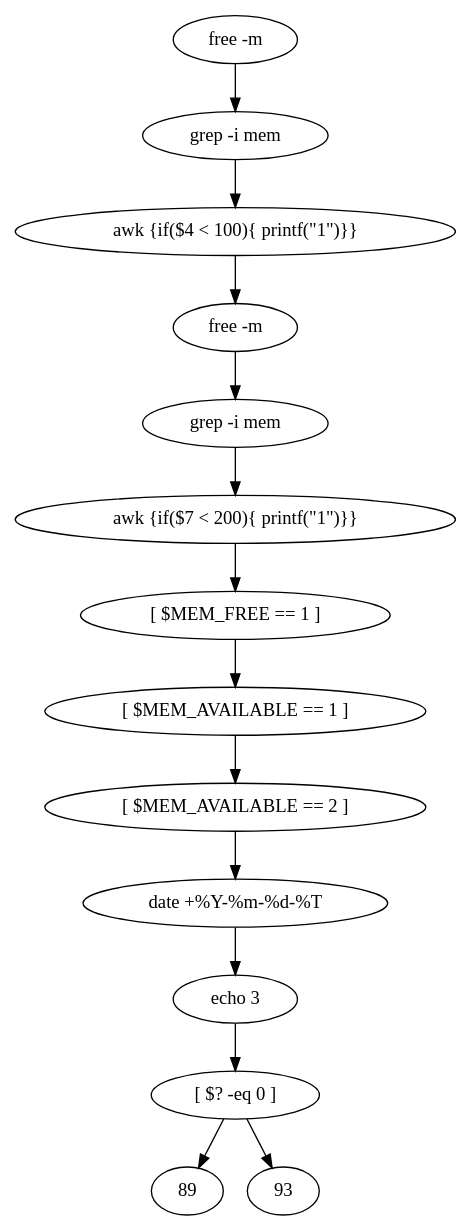
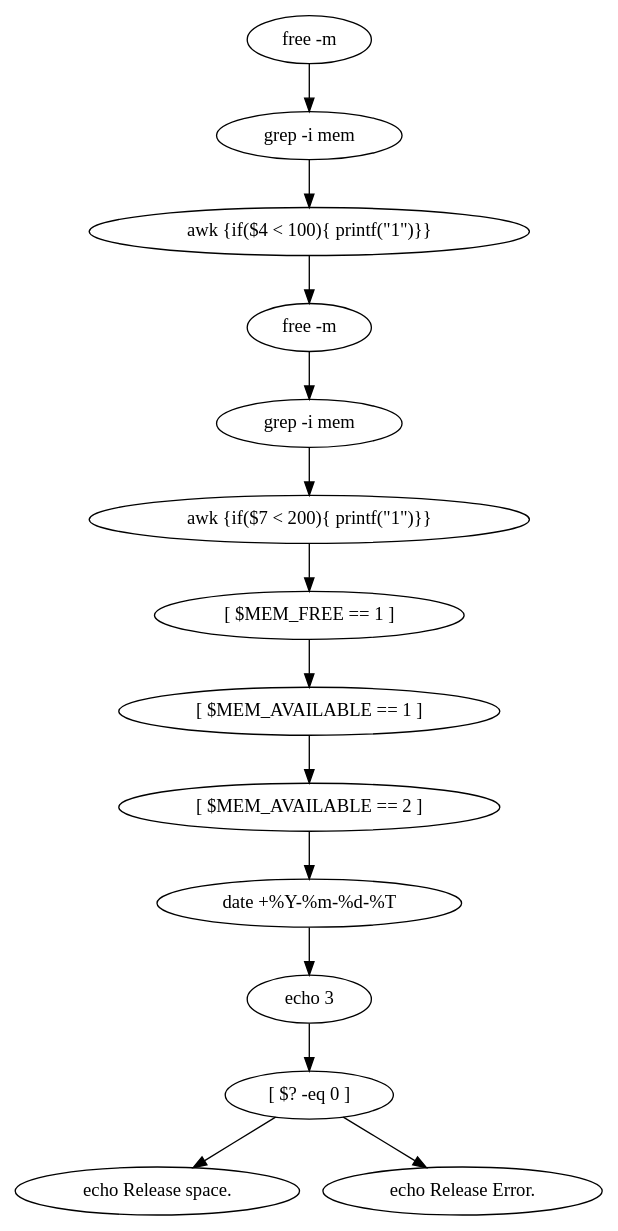
The diagram in module-dev/bashgraph/testcase/6.dot (hongdal/bashlex), drawn with Graphviz before and after one commit. The commit also changed 15 other files, not shown here.

```diff
--- a/module-dev/bashgraph/testcase/6.dot
+++ b/module-dev/bashgraph/testcase/6.dot
@@ -1,27 +1,29 @@
 digraph {
 5 [label=" free -m"];
+9 [label=" grep -i mem"];
+14 [label=" awk {if($4 < 100){ printf(\"1\")}}"];
+21 [label=" free -m"];
+25 [label=" grep -i mem"];
+30 [label=" awk {if($7 < 200){ printf(\"1\")}}"];
+37 [label=" \[ $MEM_FREE == 1 \]"];
+45 [label=" \[ $MEM_AVAILABLE == 1 \]"];
+53 [label=" \[ $MEM_AVAILABLE == 2 \]"];
+66 [label=" date +%Y-%m-%d-%T"];
+70 [label=" echo 3 "];
+80 [label=" \[ $? -eq 0 \]"];
+89 [label=" echo Release space."];
+93 [label=" echo Release Error."];
 5 -> 9;
-9 [label=" grep -i mem"];
 9 -> 14;
-14 [label=" awk {if($4 < 100){ printf(\"1\")}}"];
 14 -> 21;
-21 [label=" free -m"];
 21 -> 25;
-25 [label=" grep -i mem"];
 25 -> 30;
-30 [label=" awk {if($7 < 200){ printf(\"1\")}}"];
 30 -> 37;
-37 [label=" \[ $MEM_FREE == 1 \]"];
 37 -> 45;
-45 [label=" \[ $MEM_AVAILABLE == 1 \]"];
 45 -> 53;
-53 [label=" \[ $MEM_AVAILABLE == 2 \]"];
 53 -> 66;
-66 [label=" date +%Y-%m-%d-%T"];
 66 -> 70;
-70 [label=" echo 3 "];
 70 -> 80;
-80 [label=" \[ $? -eq 0 \]"];
 80 -> 89;
 80 -> 93;
 }
```
